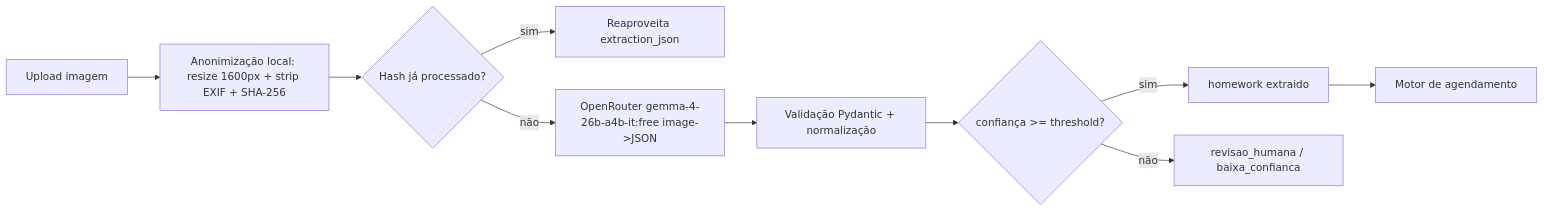
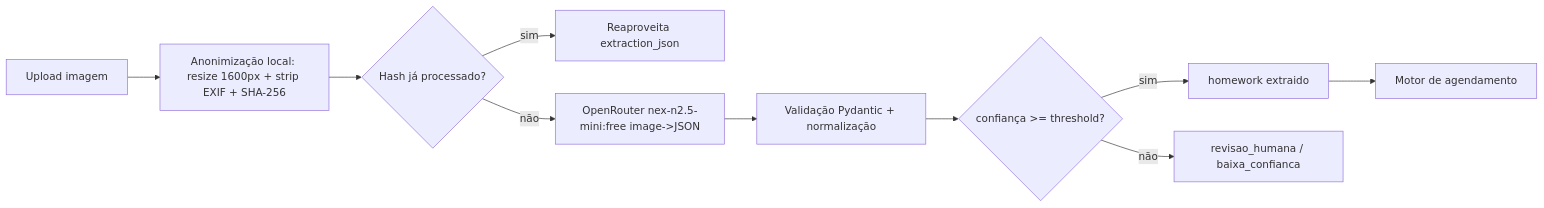
The second of 2 diagrams in SPECS.md (elrcosta-lab/hora_da_tarefa), drawn with Mermaid before and after one commit. The commit also changed other lines of this file and 17 other files, not shown here.

First line of the commit message:
feat: switch to nex-n2.5-mini and add routine import by inference

````diff
--- a/SPECS.md
+++ b/SPECS.md
@@ -757,12 +778,12 @@
 ```mermaid
 flowchart LR
   A[Upload imagem] --> B[Anonimização local: resize 1600px + strip EXIF + SHA-256]
   B --> C{Hash já processado?}
   C -- sim --> K[Reaproveita extraction_json]
-  C -- não --> E[OpenRouter gemma-4-26b-a4b-it:free image->JSON]
+  C -- não --> E[OpenRouter nex-n2.5-mini:free image->JSON]
   E --> G[Validação Pydantic + normalização]
   G --> H{confiança >= threshold?}
   H -- sim --> I[homework extraido]
   H -- não --> J[revisao_humana / baixa_confianca]
   I --> K2[Motor de agendamento]
 ```
````
